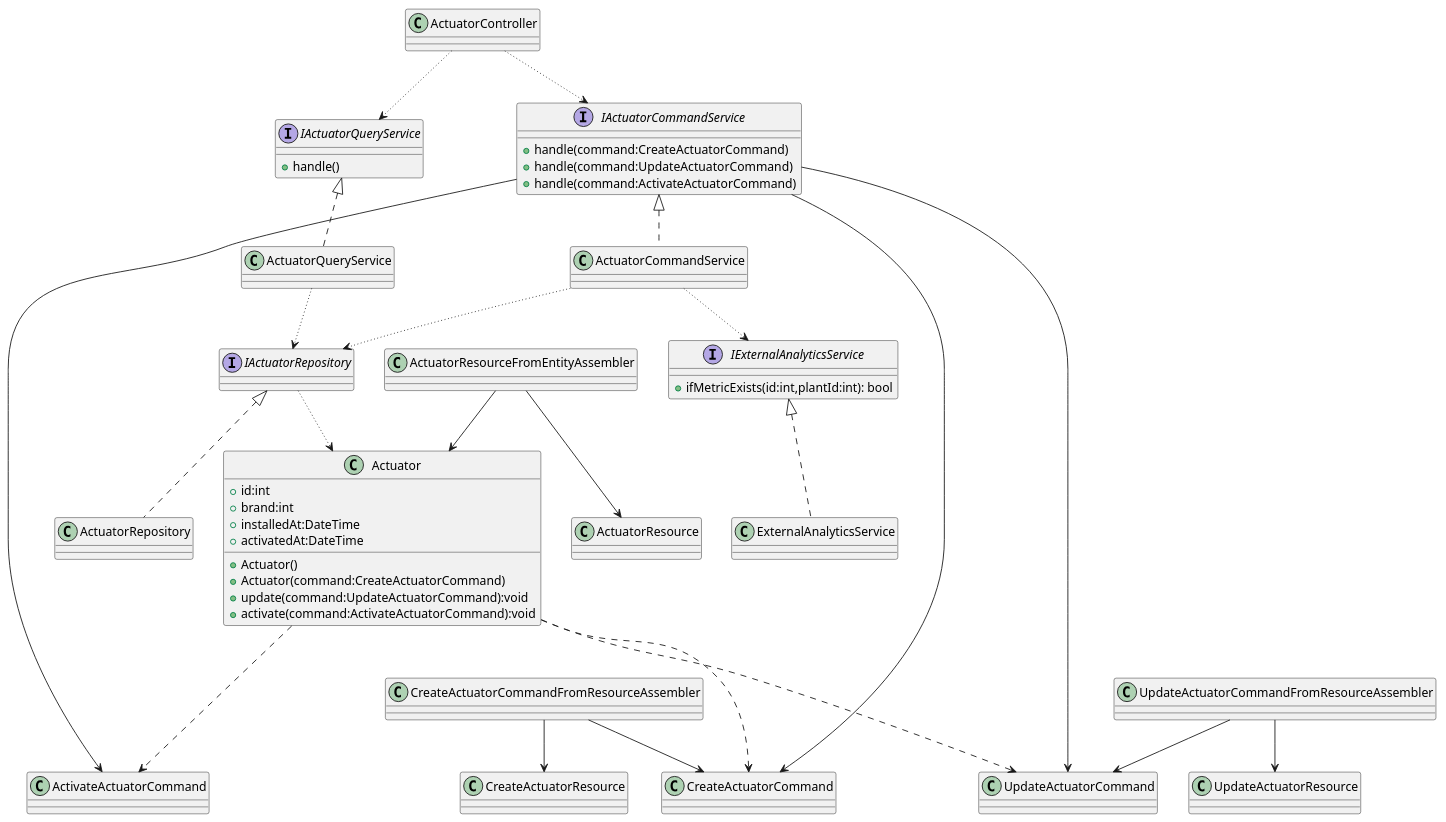
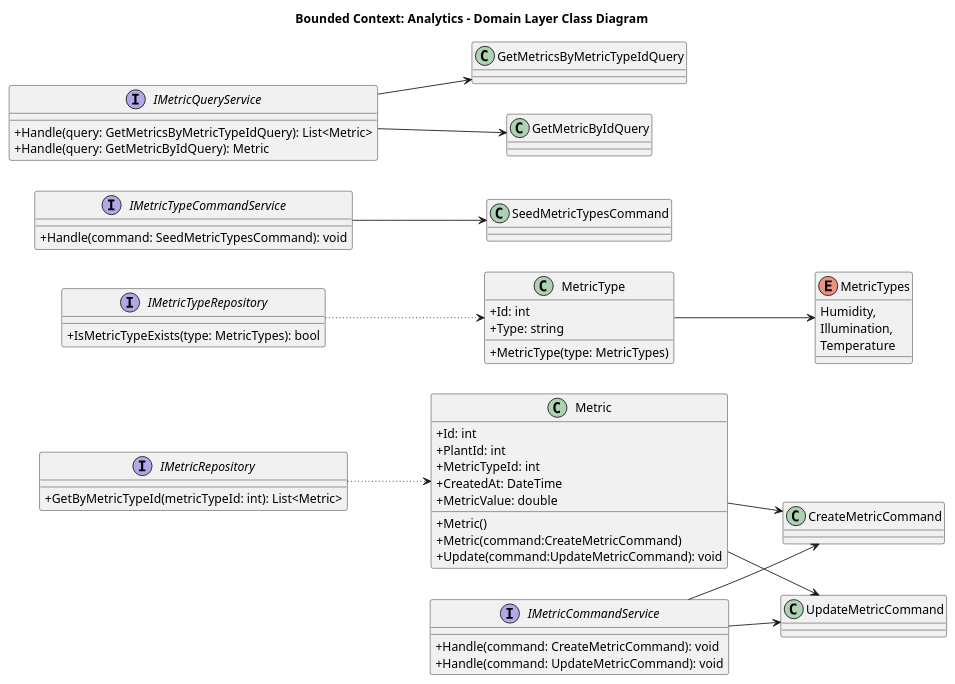
The diagram in assets/tactical-level-ddd/analytics/plantuml_export.puml (wemade-IoT/Documents_Repository), drawn with PlantUML before and after one commit. The commit also changed 3 other files, not shown here.

Commit message:
docs: added analytics bounded context application layer description

```diff
--- a/assets/tactical-level-ddd/analytics/plantuml_export.puml
+++ b/assets/tactical-level-ddd/analytics/plantuml_export.puml
@@ -1,81 +1,78 @@
 @startuml
 
-class Actuator {
-  +id:int
-  +brand:int
-  +installedAt:DateTime
-  +activatedAt:DateTime
-  +Actuator()
-  +Actuator(command:CreateActuatorCommand)
-  +update(command:UpdateActuatorCommand):void
-  +activate(command:ActivateActuatorCommand):void
+title Bounded Context: Analytics - Domain Layer Class Diagram
+left to right direction
+skinparam packageStyle rectangle
+skinparam classAttributeIconSize 0
+
+class Metric {
+  +Id: int
+  +PlantId: int
+  +MetricTypeId: int
+  +CreatedAt: DateTime
+  +MetricValue: double
+  +Metric()
+  +Metric(command:CreateMetricCommand)
+  +Update(command:UpdateMetricCommand): void
+
 }
+
+class MetricType {
+  +Id: int
+  +Type: string
+  +MetricType(type: MetricTypes)
+}
+
+enum MetricTypes {
+  Humidity,
+  Illumination,
+  Temperature
+}
+
+class CreateMetricCommand {}
+class UpdateMetricCommand {}
+class SeedMetricTypesCommand {}
+
+class GetMetricsByMetricTypeIdQuery {}
+class GetMetricByIdQuery {}
+
+
+interface IMetricCommandService {
+  +Handle(command: CreateMetricCommand): void
+  +Handle(command: UpdateMetricCommand): void
+}
+
+interface IMetricTypeCommandService {
+  +Handle(command: SeedMetricTypesCommand): void
+}
+
+interface IMetricQueryService {
+  +Handle(query: GetMetricsByMetricTypeIdQuery): List<Metric>
+  +Handle(query: GetMetricByIdQuery): Metric
+}
+
+interface IMetricRepository {
+  +GetByMetricTypeId(metricTypeId: int): List<Metric>
+}
+
+interface IMetricTypeRepository {
+  +IsMetricTypeExists(type: MetricTypes): bool
+}
+
+MetricType --> MetricTypes
+IMetricRepository -[dotted]-> Metric
+IMetricTypeRepository -[dotted]-> MetricType
+Metric --> CreateMetricCommand
+Metric --> UpdateMetricCommand
+IMetricCommandService --> CreateMetricCommand
+IMetricCommandService --> UpdateMetricCommand
+IMetricTypeCommandService --> SeedMetricTypesCommand
+IMetricQueryService --> GetMetricsByMetricTypeIdQuery
+IMetricQueryService --> GetMetricByIdQuery
 
 
 
 
-interface IExternalAnalyticsService{
-   + ifMetricExists(id:int,plantId:int): bool
-}
 
 
-class ExternalAnalyticsService implements IExternalAnalyticsService{
-
-}
-
-class CreateActuatorCommand {}
-class UpdateActuatorCommand{}
-
-class ActivateActuatorCommand {}
-class CreateActuatorResource {}
-class UpdateActuatorResource {}
-class ActuatorResource {}
-class ActuatorResourceFromEntityAssembler{}
-class CreateActuatorCommandFromResourceAssembler{}
-class UpdateActuatorCommandFromResourceAssembler{}
-
-class ActuatorController {}
-
-class ActuatorCommandService implements IActuatorCommandService {}
-class ActuatorRepository implements IActuatorRepository {}
-class ActuatorQueryService implements IActuatorQueryService {}
-
-interface IActuatorRepository {}
-interface IActuatorQueryService {
-  +handle()
-}
-
-interface IActuatorCommandService {
-  +handle(command:CreateActuatorCommand)
-  +handle(command:UpdateActuatorCommand)
-  +handle(command:ActivateActuatorCommand)
-}
-
-
-
-CreateActuatorCommandFromResourceAssembler  --> CreateActuatorCommand
-CreateActuatorCommandFromResourceAssembler  --> CreateActuatorResource
-
-UpdateActuatorCommandFromResourceAssembler --> UpdateActuatorCommand
-UpdateActuatorCommandFromResourceAssembler --> UpdateActuatorResource
-
-ActuatorResourceFromEntityAssembler --> Actuator
-ActuatorResourceFromEntityAssembler --> ActuatorResource
-
-Actuator ...> CreateActuatorCommand
-Actuator ...> UpdateActuatorCommand
-Actuator ...> ActivateActuatorCommand
-
-IActuatorCommandService --> CreateActuatorCommand
-IActuatorCommandService --> UpdateActuatorCommand
-IActuatorCommandService --> ActivateActuatorCommand
-
-ActuatorCommandService -[dotted]-> IActuatorRepository
-ActuatorCommandService -[dotted]-> IExternalAnalyticsService
-ActuatorQueryService -[dotted]-> IActuatorRepository
-
-IActuatorRepository -[dotted]-> Actuator
-ActuatorController -[dotted]-> IActuatorCommandService
-ActuatorController -[dotted]-> IActuatorQueryService
-
 @enduml
```
